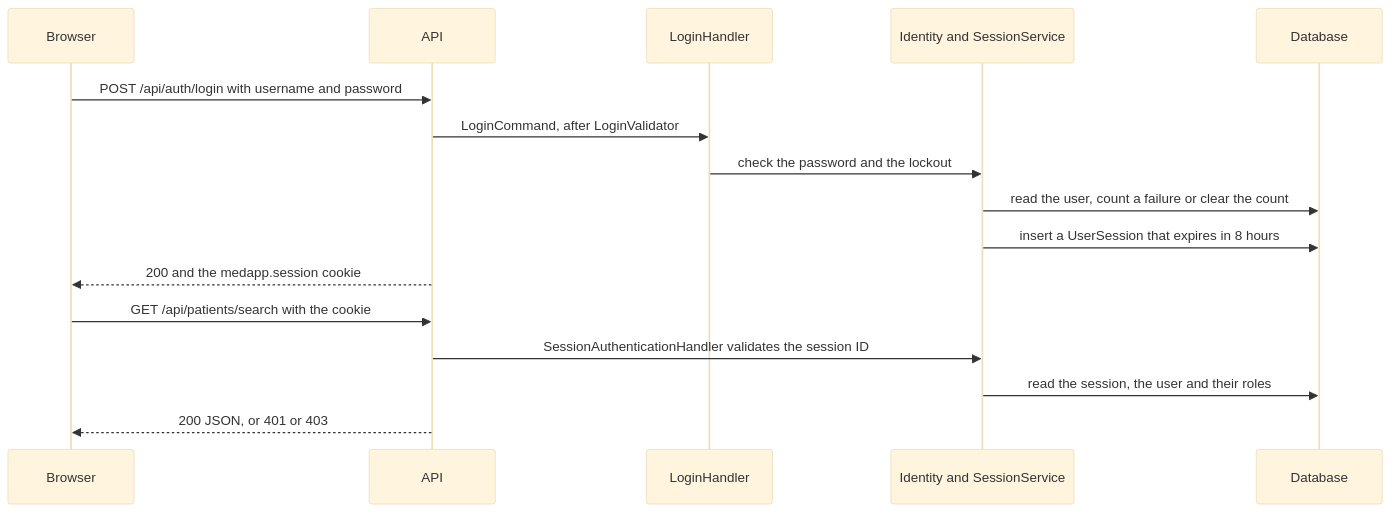
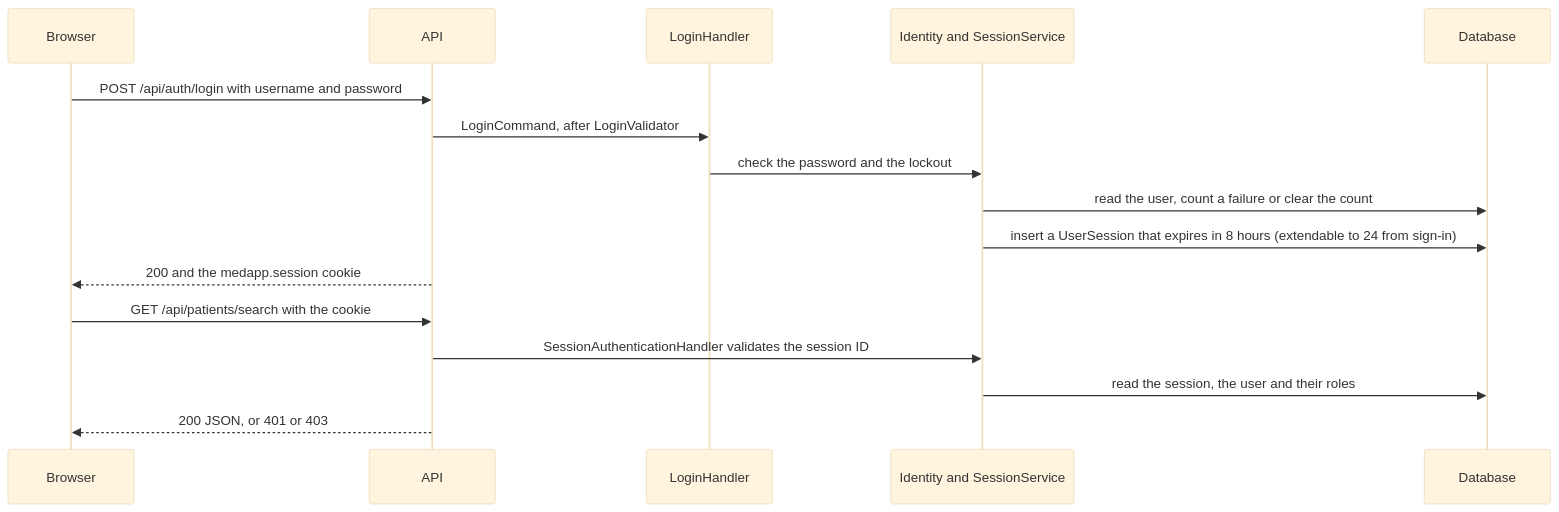
One commit to Aliator/MedApp changed the sixth of 10 diagrams in docs/architecture.md. Above: the diagram before and after it, drawn with Mermaid (base theme). The commit also changed other lines of this file and 31 other files, not shown here.

````diff
--- a/docs/architecture.md
+++ b/docs/architecture.md
@@ -628,18 +628,18 @@
 ```mermaid
 sequenceDiagram
     participant B as Browser
     participant A as API
     participant H as LoginHandler
     participant S as Identity and SessionService
     participant D as Database
     B->>A: POST /api/auth/login with username and password
     A->>H: LoginCommand, after LoginValidator
     H->>S: check the password and the lockout
     S->>D: read the user, count a failure or clear the count
-    S->>D: insert a UserSession that expires in 8 hours
+    S->>D: insert a UserSession that expires in 8 hours (extendable to 24 from sign-in)
     A-->>B: 200 and the medapp.session cookie
     B->>A: GET /api/patients/search with the cookie
     A->>S: SessionAuthenticationHandler validates the session ID
     S->>D: read the session, the user and their roles
     A-->>B: 200 JSON, or 401 or 403
 ```
````
